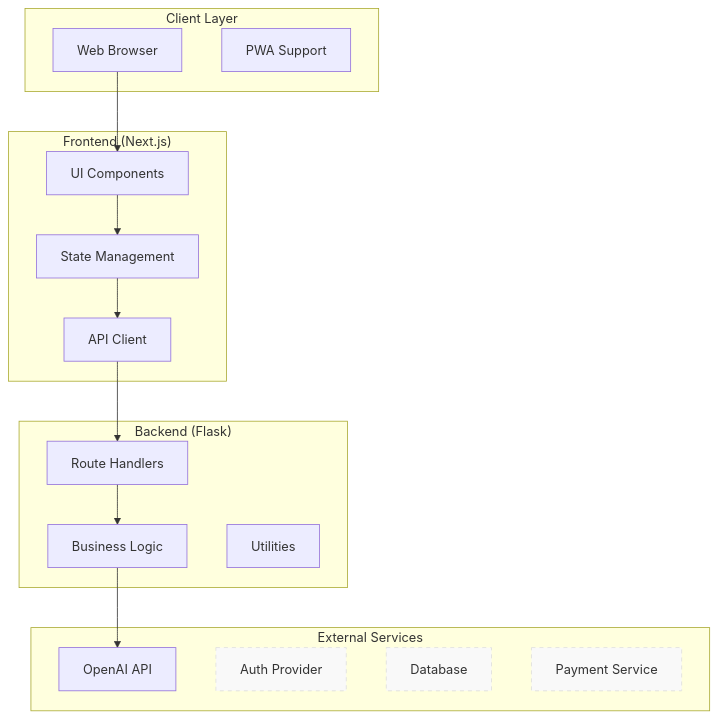
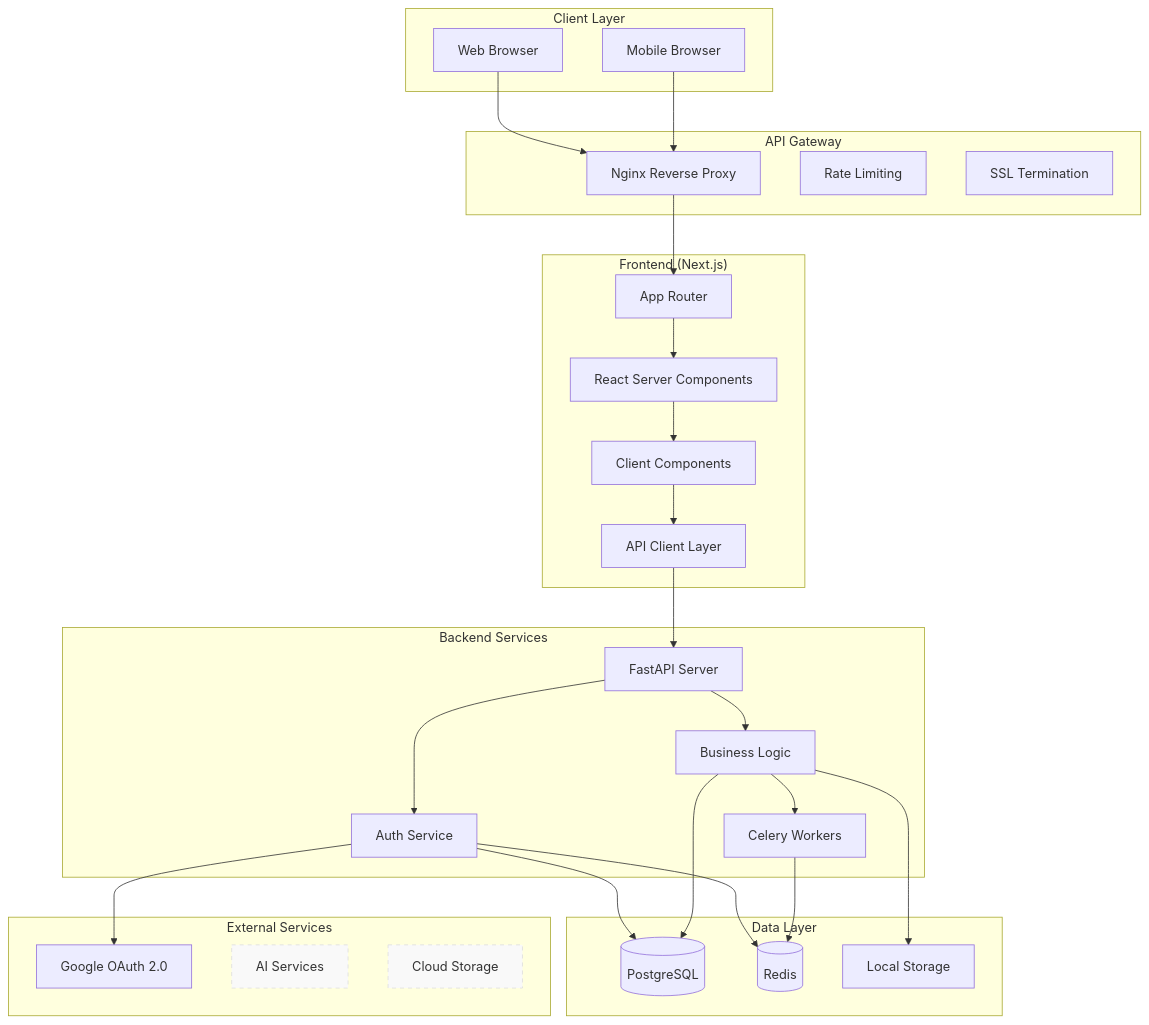
The diagram in spec/01_architecture_design.md (rema-rema/002--claude-test), drawn with Mermaid before and after one commit. The commit also changed other lines of this file and 255 other files, not shown here.

````diff
--- a/spec/01_architecture_design.md
+++ b/spec/01_architecture_design.md
@@ -15,37 +41,62 @@
 ```mermaid
 graph TB
     subgraph "Client Layer"
         Browser[Web Browser]
-        PWA[PWA Support]
+        Mobile[Mobile Browser]
     end
     
     subgraph "Frontend (Next.js)"
-        UI[UI Components]
-        State[State Management]
-        API_Client[API Client]
+        AppRouter[App Router]
+        RSC[React Server Components]
+        ClientComp[Client Components]
+        APIClient[API Client Layer]
     end
     
-    subgraph "Backend (Flask)"
-        Routes[Route Handlers]
-        Services[Business Logic]
-        Utils[Utilities]
+    subgraph "API Gateway"
+        Nginx[Nginx Reverse Proxy]
+        RateLimit[Rate Limiting]
+        SSL[SSL Termination]
+    end
+    
+    subgraph "Backend Services"
+        FastAPI[FastAPI Server]
+        AuthService[Auth Service]
+        BusinessLogic[Business Logic]
+        TaskQueue[Celery Workers]
+    end
+    
+    subgraph "Data Layer"
+        PostgreSQL[(PostgreSQL)]
+        Redis[(Redis)]
+        FileSystem[Local Storage]
     end
     
     subgraph "External Services"
-        OpenAI[OpenAI API]
-        Future_Auth[Auth Provider]
-        Future_DB[Database]
-        Future_Payment[Payment Service]
+        GoogleOAuth[Google OAuth 2.0]
+        Future_AI[AI Services]
+        Future_Cloud[Cloud Storage]
     end
     
-    Browser --> UI
-    UI --> State
-    State --> API_Client
-    API_Client --> Routes
-    Routes --> Services
-    Services --> OpenAI
+    Browser --> Nginx
+    Mobile --> Nginx
+    Nginx --> AppRouter
+    AppRouter --> RSC
+    RSC --> ClientComp
+    ClientComp --> APIClient
+    APIClient --> FastAPI
     
-    style Future_Auth fill:#f9f9f9,stroke:#ddd,stroke-dasharray: 5 5
-    style Future_DB fill:#f9f9f9,stroke:#ddd,stroke-dasharray: 5 5
-    style Future_Payment fill:#f9f9f9,stroke:#ddd,stroke-dasharray: 5 5
+    FastAPI --> AuthService
+    FastAPI --> BusinessLogic
+    BusinessLogic --> TaskQueue
+    
+    AuthService --> PostgreSQL
+    AuthService --> Redis
+    TaskQueue --> Redis
+    BusinessLogic --> PostgreSQL
+    BusinessLogic --> FileSystem
+    
+    AuthService --> GoogleOAuth
+    
+    style Future_AI fill:#f9f9f9,stroke:#ddd,stroke-dasharray: 5 5
+    style Future_Cloud fill:#f9f9f9,stroke:#ddd,stroke-dasharray: 5 5
 ```
````
